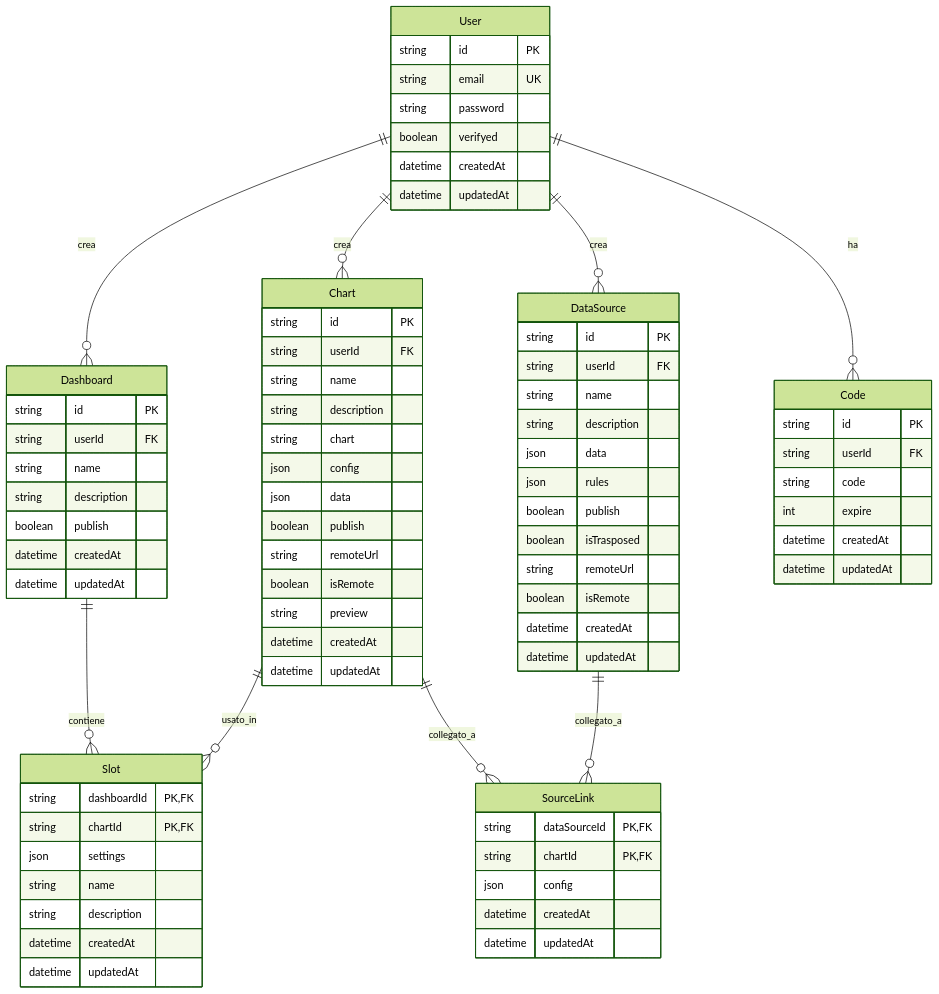
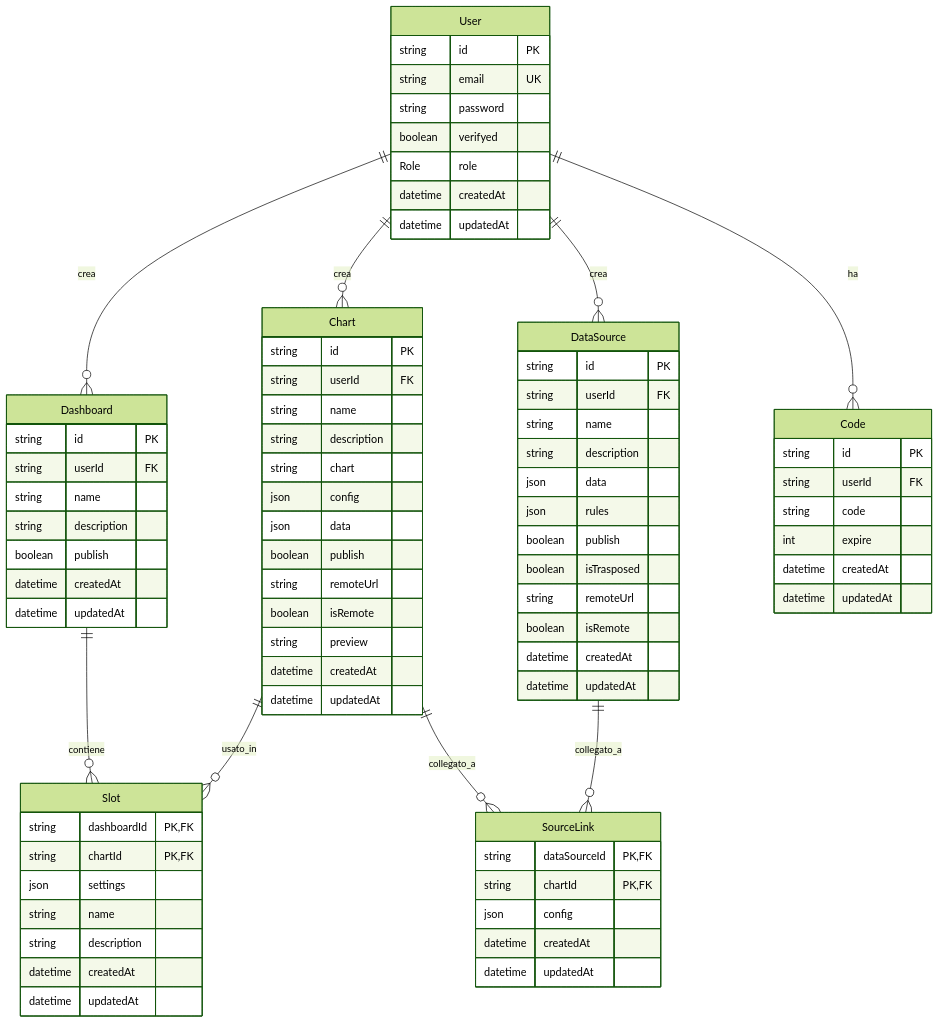
Before and after one commit to italia/graph-italia: the first of 12 diagrams in README.md, drawn with Mermaid (forest theme). The commit also changed other lines of this file, not shown here.

```diff
--- a/README.md
+++ b/README.md
@@ -126,6 +126,7 @@
         string email UK
         string password
         boolean verifyed
+        Role role
         datetime createdAt
         datetime updatedAt
     }
```
